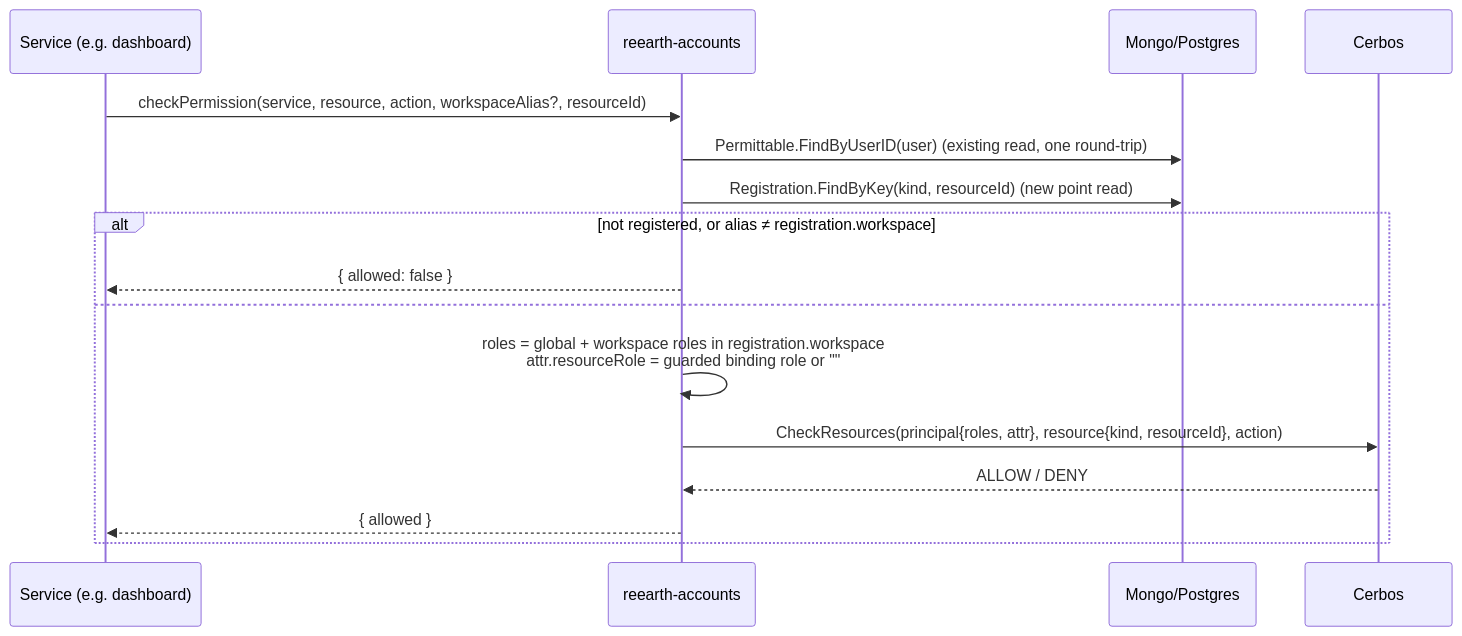
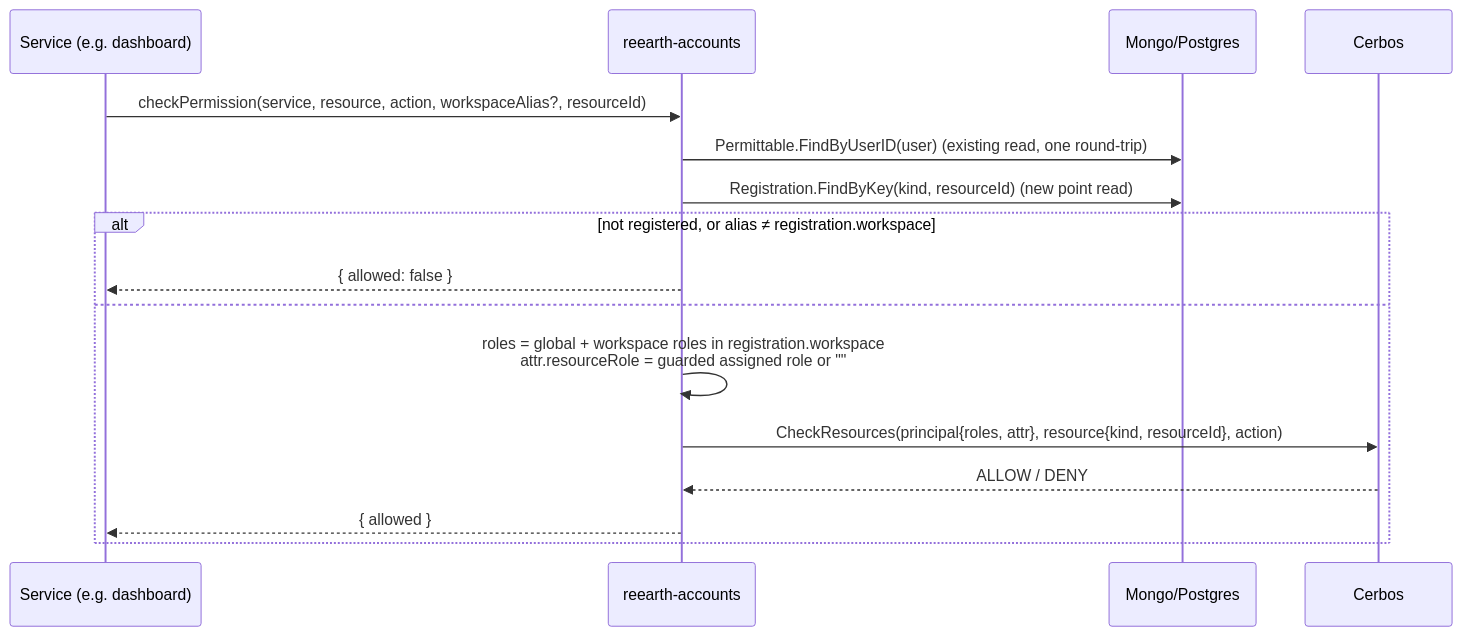
One commit to reearth/reearth-accounts changed the first of 3 diagrams in server/docs/usecase/resource-role-binding.ja.md. Above: the diagram before and after it, drawn with Mermaid. The commit also changed other lines of this file and 1 other file, not shown here.

Commit message:
docs(server): use "role assignment" instead of "binding" in resource role binding design prose

````diff
--- a/server/docs/usecase/resource-role-binding.ja.md
+++ b/server/docs/usecase/resource-role-binding.ja.md
@@ -427,19 +428,19 @@
 ```mermaid
 sequenceDiagram
     participant S as Service (e.g. dashboard)
     participant A as reearth-accounts
     participant DB as Mongo/Postgres
     participant C as Cerbos
 
     S->>A: checkPermission(service, resource, action, workspaceAlias?, resourceId)
     A->>DB: Permittable.FindByUserID(user)  (existing read, one round-trip)
     A->>DB: Registration.FindByKey(kind, resourceId)  (new point read)
     alt not registered, or alias ≠ registration.workspace
         A-->>S: { allowed: false }
     else
-        A->>A: roles = global + workspace roles in registration.workspace<br/>attr.resourceRole = guarded binding role or ""
+        A->>A: roles = global + workspace roles in registration.workspace<br/>attr.resourceRole = guarded assigned role or ""
         A->>C: CheckResources(principal{roles, attr}, resource{kind, resourceId}, action)
         C-->>A: ALLOW / DENY
         A-->>S: { allowed }
     end
 ```
````
